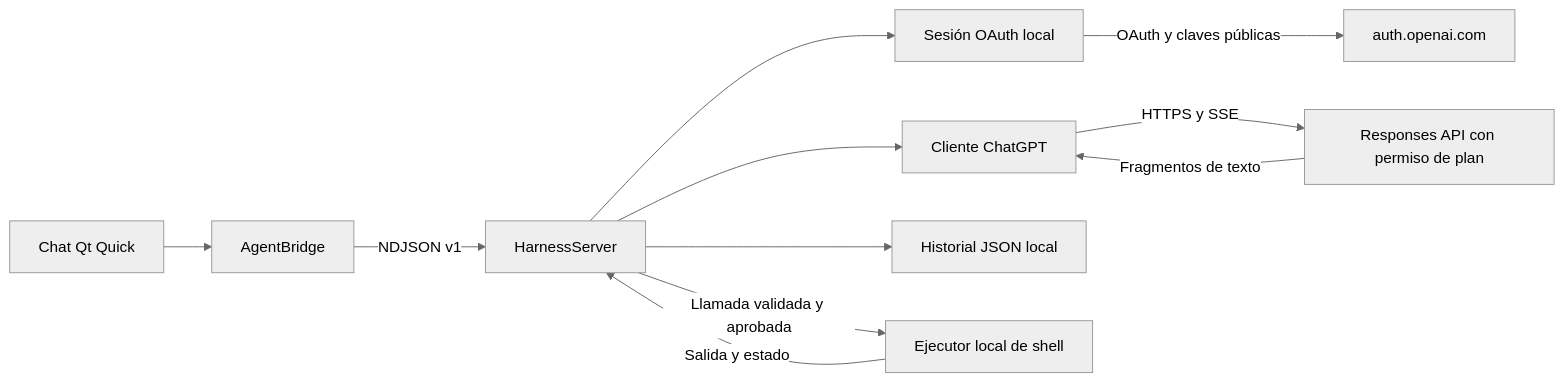
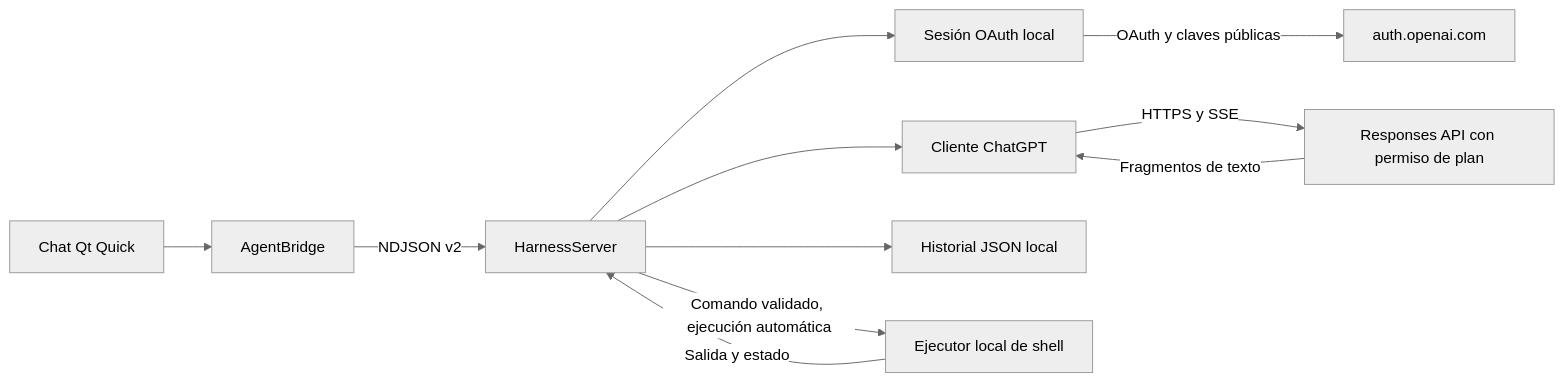
Before and after one commit to davidmeraz/agent-shell: the diagram in docs/architecture.md, drawn with Mermaid (neutral theme). The commit also changed other lines of this file and 36 other files, not shown here.

````diff
--- a/docs/architecture.md
+++ b/docs/architecture.md
@@ -6,13 +6,13 @@
 ```mermaid
 flowchart LR
     Qt[Chat Qt Quick] --> Bridge[AgentBridge]
-    Bridge -->|NDJSON v1| Python[HarnessServer]
+    Bridge -->|NDJSON v2| Python[HarnessServer]
     Python --> Session[Sesión OAuth local]
     Python --> Client[Cliente ChatGPT]
     Session -->|OAuth y claves públicas| Auth[auth.openai.com]
     Client -->|HTTPS y SSE| API[Responses API con permiso de plan]
     API -->|Fragmentos de texto| Client
     Python --> History[Historial JSON local]
-    Python -->|Llamada validada y aprobada| Shell[Ejecutor local de shell]
+    Python -->|Comando validado, ejecución automática| Shell[Ejecutor local de shell]
     Shell -->|Salida y estado| Python
 ```
````
